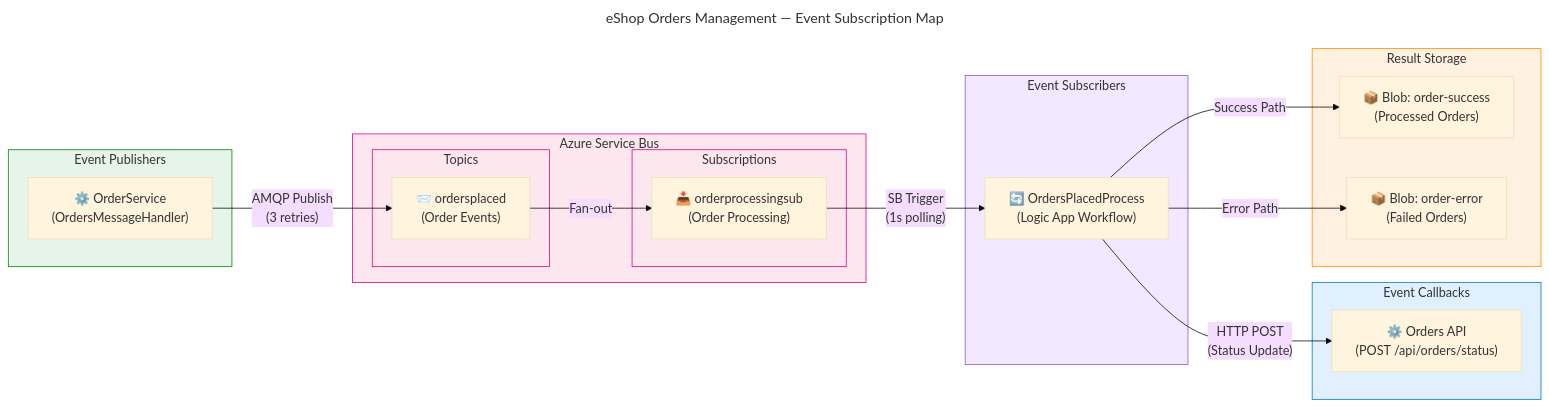
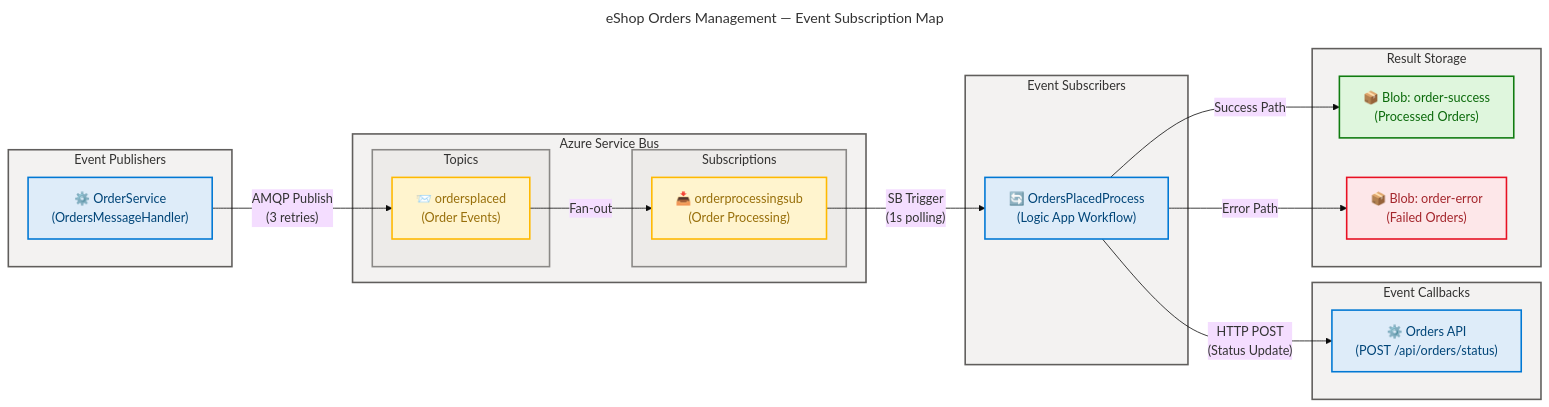
Before and after one commit to Evilazaro/Azure-LogicApps-Monitoring: diagram 13 of 14 in docs/architecture/application-architecture.md, drawn with Mermaid. The commit also changed other lines of this file, not shown here.

Commit message:
Enhance application architecture diagrams with improved styling and classification for better clarity and visual distinction of protocols and components

````diff
--- a/docs/architecture/application-architecture.md
+++ b/docs/architecture/application-architecture.md
@@ -2004,66 +2024,71 @@
 ```mermaid
 ---
 title: "eShop Orders Management — Event Subscription Map"
 config:
   theme: base
   look: classic
   layout: dagre
   themeVariables:
     fontSize: "16px"
 ---
 flowchart LR
     accTitle: Event Subscription Map
     accDescr: Shows Azure Service Bus topic and subscription topology with publishers and subscribers
 
     %% ═══════════════════════════════════════════════════════════════════════════
     %% AZURE / FLUENT ARCHITECTURE PATTERN v1.1
     %% (Semantic + Structural + Font + Accessibility Governance)
     %% ═══════════════════════════════════════════════════════════════════════════
     %% PHASE 1 - STRUCTURAL: Direction explicit, flat topology, nesting ≤ 3
     %% PHASE 2 - SEMANTIC: Colors justified, max 5 semantic classes, neutral-first
     %% PHASE 3 - FONT: Dark text on light backgrounds, contrast ≥ 4.5:1
     %% PHASE 4 - ACCESSIBILITY: accTitle/accDescr present, icons on all nodes
     %% PHASE 5 - STANDARD: Governance block present, classDefs centralized
     %% ═══════════════════════════════════════════════════════════════════════════
 
     subgraph Publishers["Event Publishers"]
-        PUB1["⚙️ OrderService\n(OrdersMessageHandler)"]
+        PUB1["⚙️ OrderService\n(OrdersMessageHandler)"]:::core
     end
 
     subgraph ServiceBusTopology["Azure Service Bus"]
         subgraph Topics["Topics"]
-            T1["📨 ordersplaced\n(Order Events)"]
+            T1["📨 ordersplaced\n(Order Events)"]:::warning
         end
         subgraph Subscriptions["Subscriptions"]
-            SUB1["📥 orderprocessingsub\n(Order Processing)"]
+            SUB1["📥 orderprocessingsub\n(Order Processing)"]:::warning
         end
     end
 
     subgraph Subscribers["Event Subscribers"]
-        S1["🔄 OrdersPlacedProcess\n(Logic App Workflow)"]
+        S1["🔄 OrdersPlacedProcess\n(Logic App Workflow)"]:::core
     end
 
     subgraph Callbacks["Event Callbacks"]
-        CB1["⚙️ Orders API\n(POST /api/orders/status)"]
+        CB1["⚙️ Orders API\n(POST /api/orders/status)"]:::core
     end
 
     subgraph ResultStorage["Result Storage"]
-        RS1["📦 Blob: order-success\n(Processed Orders)"]
-        RS2["📦 Blob: order-error\n(Failed Orders)"]
+        RS1["📦 Blob: order-success\n(Processed Orders)"]:::success
+        RS2["📦 Blob: order-error\n(Failed Orders)"]:::danger
     end
 
     PUB1 -->|"AMQP Publish\n(3 retries)"| T1
     T1 -->|"Fan-out"| SUB1
     SUB1 -->|"SB Trigger\n(1s polling)"| S1
     S1 -->|"HTTP POST\n(Status Update)"| CB1
     S1 -->|"Success Path"| RS1
     S1 -->|"Error Path"| RS2
 
-    style Publishers fill:#e6f4ea,stroke:#107c10,color:#333
-    style ServiceBusTopology fill:#fde7ef,stroke:#e3008c,color:#333
-    style Topics fill:#fde7ef,stroke:#e3008c,color:#333
-    style Subscriptions fill:#fde7ef,stroke:#e3008c,color:#333
-    style Subscribers fill:#f3e8ff,stroke:#8661c5,color:#333
-    style Callbacks fill:#e1f0ff,stroke:#0078d4,color:#333
-    style ResultStorage fill:#fff0e0,stroke:#ff8c00,color:#333
+    style Publishers fill:#F3F2F1,stroke:#605E5C,stroke-width:2px,color:#323130
+    style ServiceBusTopology fill:#F3F2F1,stroke:#605E5C,stroke-width:2px,color:#323130
+    style Topics fill:#EDEBE9,stroke:#8A8886,stroke-width:2px,color:#323130
+    style Subscriptions fill:#EDEBE9,stroke:#8A8886,stroke-width:2px,color:#323130
+    style Subscribers fill:#F3F2F1,stroke:#605E5C,stroke-width:2px,color:#323130
+    style Callbacks fill:#F3F2F1,stroke:#605E5C,stroke-width:2px,color:#323130
+    style ResultStorage fill:#F3F2F1,stroke:#605E5C,stroke-width:2px,color:#323130
+
+    classDef core fill:#DEECF9,stroke:#0078D4,stroke-width:2px,color:#004578
+    classDef warning fill:#FFF4CE,stroke:#FFB900,stroke-width:2px,color:#986F0B
+    classDef success fill:#DFF6DD,stroke:#107C10,stroke-width:2px,color:#0B6A0B
+    classDef danger fill:#FDE7E9,stroke:#E81123,stroke-width:2px,color:#A4262C
 ```
````
